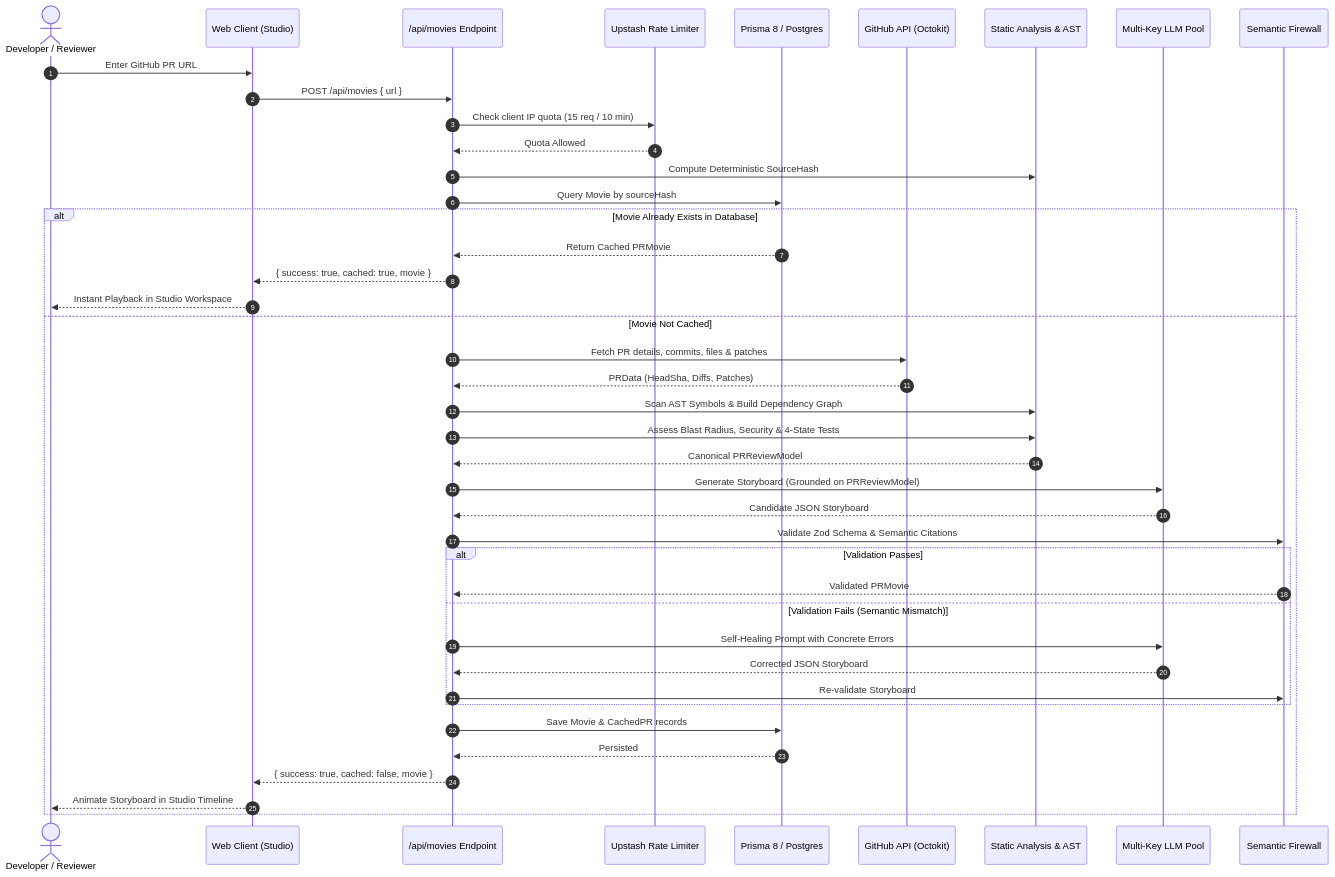
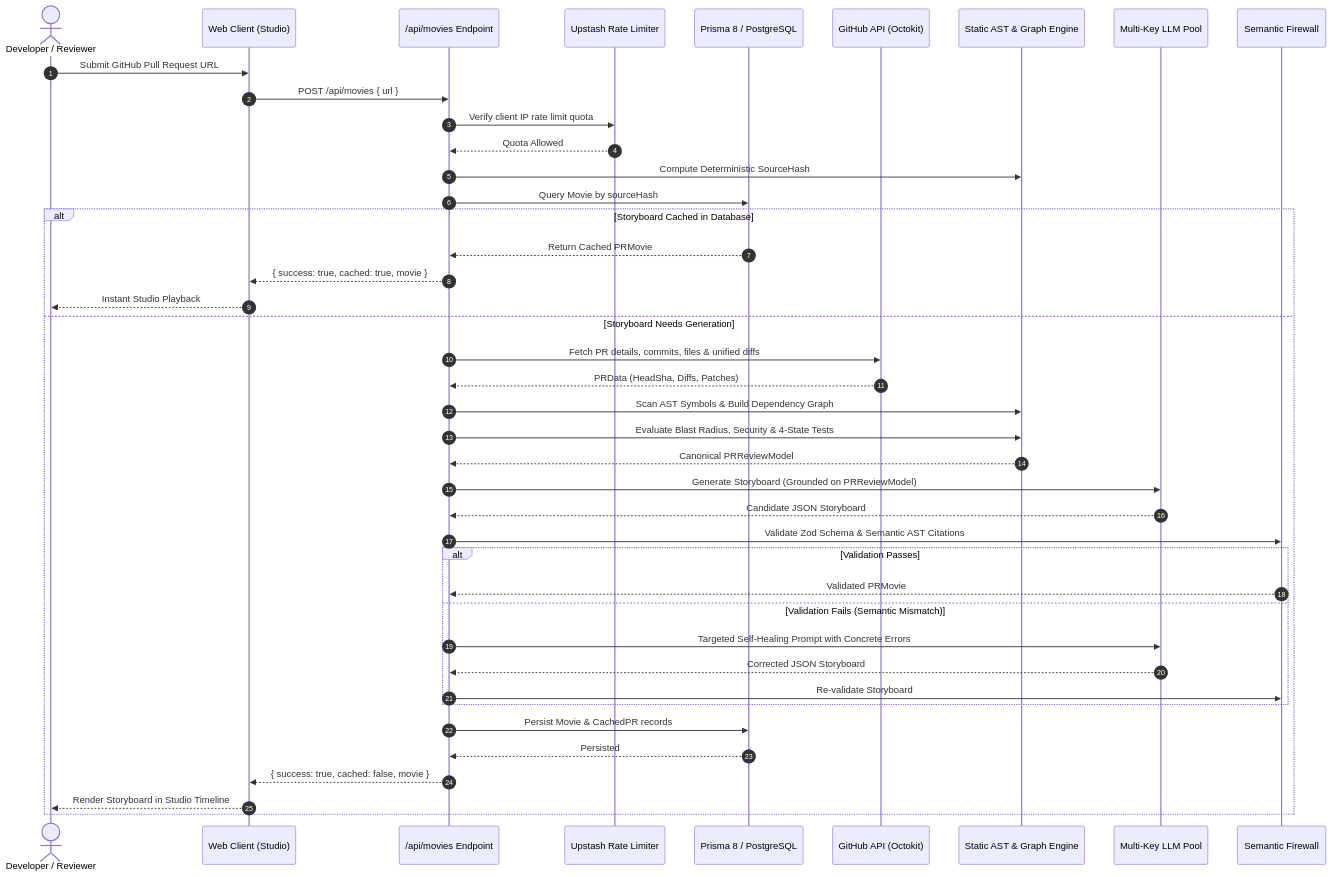
Before and after one commit to irajatsharma-10/pullmotion: the second of 5 diagrams in README.md, drawn with Mermaid. The commit also changed other lines of this file, not shown here.

Commit message:
docs: polish README into clean developer documentation for PullMotion

````diff
--- a/README.md
+++ b/README.md
@@ -191,50 +179,50 @@
 ```mermaid
 sequenceDiagram
     autonumber
-    actor User as Developer / Reviewer
+    actor Reviewer as Developer / Reviewer
     participant Web as Web Client (Studio)
     participant API as /api/movies Endpoint
     participant Rate as Upstash Rate Limiter
-    participant DB as Prisma 8 / Postgres
+    participant DB as Prisma 8 / PostgreSQL
     participant GH as GitHub API (Octokit)
-    participant Engine as Static Analysis & AST
+    participant Engine as Static AST & Graph Engine
     participant AI as Multi-Key LLM Pool
     participant Firewall as Semantic Firewall
 
-    User->>Web: Enter GitHub PR URL
+    Reviewer->>Web: Submit GitHub Pull Request URL
     Web->>API: POST /api/movies { url }
-    API->>Rate: Check client IP quota (15 req / 10 min)
+    API->>Rate: Verify client IP rate limit quota
     Rate-->>API: Quota Allowed
 
     API->>Engine: Compute Deterministic SourceHash
     API->>DB: Query Movie by sourceHash
-    alt Movie Already Exists in Database
+    alt Storyboard Cached in Database
         DB-->>API: Return Cached PRMovie
         API-->>Web: { success: true, cached: true, movie }
-        Web-->>User: Instant Playback in Studio Workspace
-    else Movie Not Cached
-        API->>GH: Fetch PR details, commits, files & patches
+        Web-->>Reviewer: Instant Studio Playback
+    else Storyboard Needs Generation
+        API->>GH: Fetch PR details, commits, files & unified diffs
         GH-->>API: PRData (HeadSha, Diffs, Patches)
         
         API->>Engine: Scan AST Symbols & Build Dependency Graph
-        API->>Engine: Assess Blast Radius, Security & 4-State Tests
+        API->>Engine: Evaluate Blast Radius, Security & 4-State Tests
         Engine-->>API: Canonical PRReviewModel
 
         API->>AI: Generate Storyboard (Grounded on PRReviewModel)
         AI-->>API: Candidate JSON Storyboard
         
-        API->>Firewall: Validate Zod Schema & Semantic Citations
+        API->>Firewall: Validate Zod Schema & Semantic AST Citations
         alt Validation Passes
             Firewall-->>API: Validated PRMovie
         else Validation Fails (Semantic Mismatch)
-            API->>AI: Self-Healing Prompt with Concrete Errors
+            API->>AI: Targeted Self-Healing Prompt with Concrete Errors
             AI-->>API: Corrected JSON Storyboard
             API->>Firewall: Re-validate Storyboard
         end
 
-        API->>DB: Save Movie & CachedPR records
+        API->>DB: Persist Movie & CachedPR records
         DB-->>API: Persisted
         API-->>Web: { success: true, cached: false, movie }
-        Web-->>User: Animate Storyboard in Studio Timeline
+        Web-->>Reviewer: Render Storyboard in Studio Timeline
     end
 ```
````
